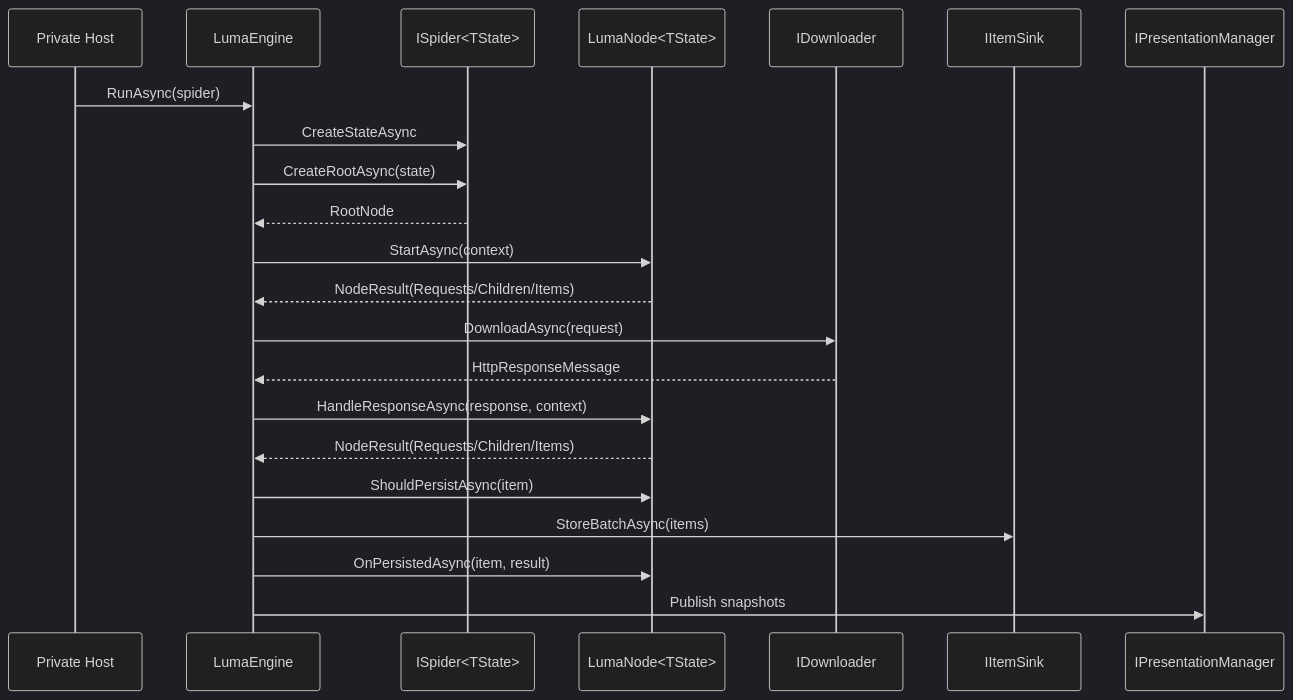
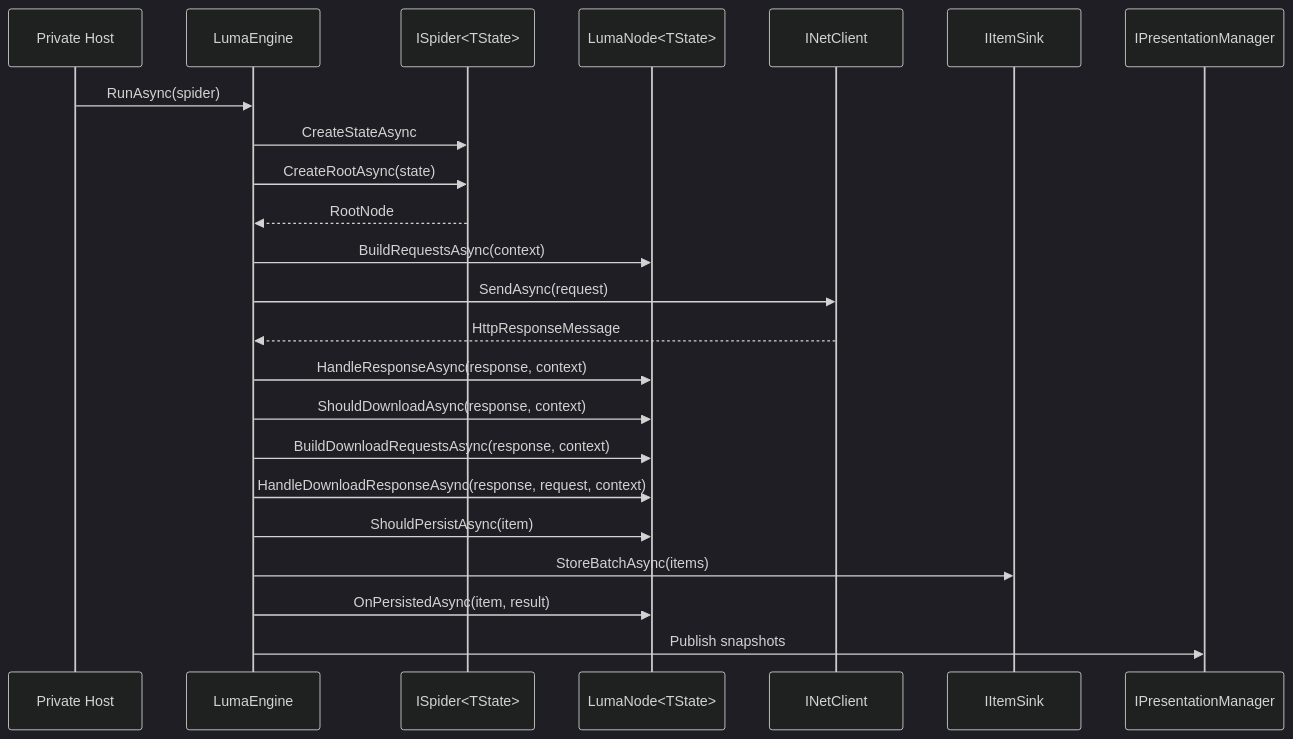
The diagram in README.en.md (zeayii/luma), drawn with Mermaid (dark theme) before and after one commit. The commit also changed other lines of this file and 7 other files, not shown here.

````diff
--- a/README.en.md
+++ b/README.en.md
@@ -49,25 +50,26 @@
 ```mermaid
 sequenceDiagram
     participant Host as Private Host
     participant Engine as LumaEngine
     participant Spider as ISpider<TState>
     participant Node as LumaNode<TState>
-    participant Downloader as IDownloader
+    participant Net as INetClient
     participant Sink as IItemSink
     participant UI as IPresentationManager
 
     Host->>Engine: RunAsync(spider)
     Engine->>Spider: CreateStateAsync
     Engine->>Spider: CreateRootAsync(state)
     Spider-->>Engine: RootNode
-    Engine->>Node: StartAsync(context)
-    Node-->>Engine: NodeResult(Requests/Children/Items)
-    Engine->>Downloader: DownloadAsync(request)
-    Downloader-->>Engine: HttpResponseMessage
+    Engine->>Node: BuildRequestsAsync(context)
+    Engine->>Net: SendAsync(request)
+    Net-->>Engine: HttpResponseMessage
     Engine->>Node: HandleResponseAsync(response, context)
-    Node-->>Engine: NodeResult(Requests/Children/Items)
+    Engine->>Node: ShouldDownloadAsync(response, context)
+    Engine->>Node: BuildDownloadRequestsAsync(response, context)
+    Engine->>Node: HandleDownloadResponseAsync(response, request, context)
     Engine->>Node: ShouldPersistAsync(item)
     Engine->>Sink: StoreBatchAsync(items)
     Engine->>Node: OnPersistedAsync(item, result)
     Engine->>UI: Publish snapshots
 ```
````
